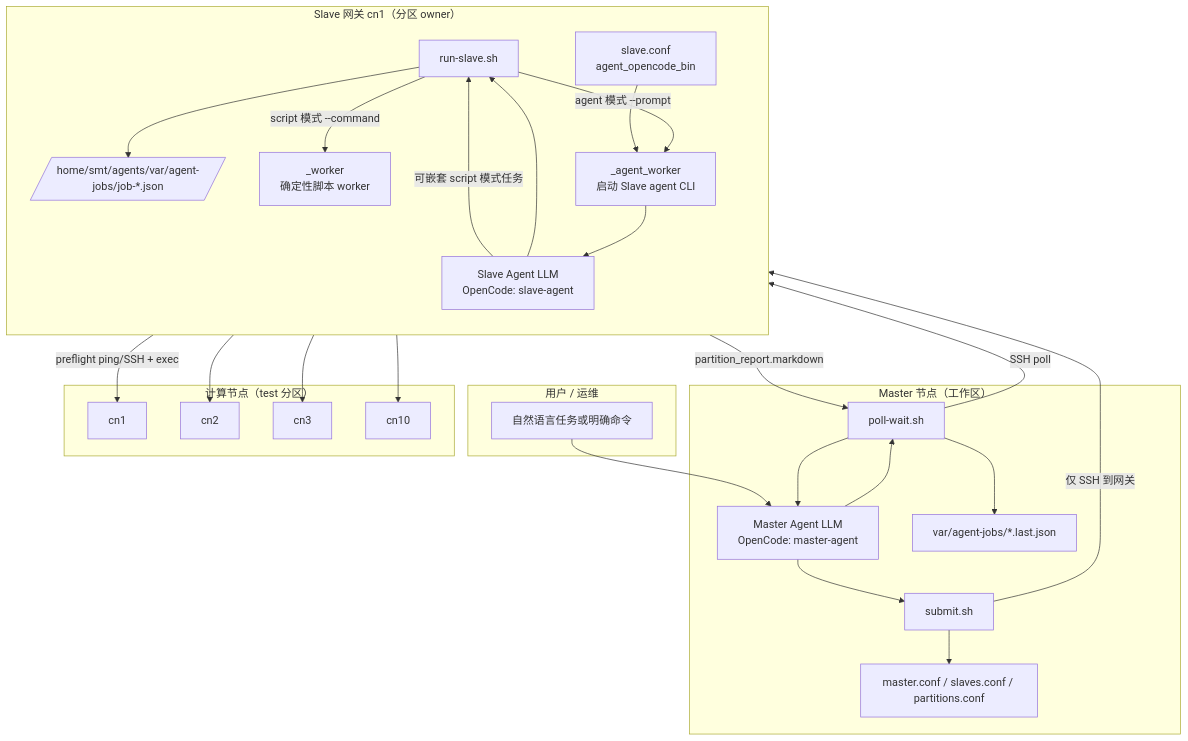
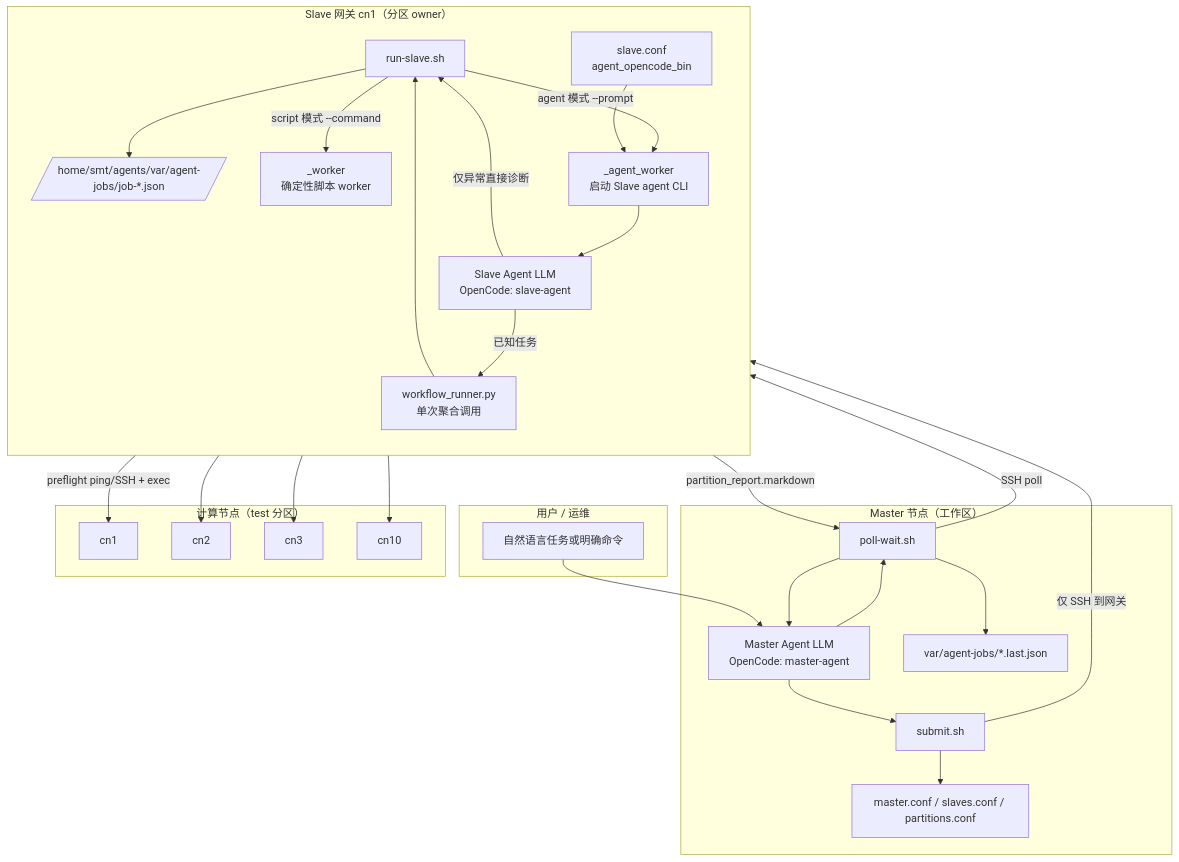
Before and after one commit to voidspiral/ClusterHelm: the first of 4 diagrams in docs/zh/architecture.md, drawn with Mermaid. The commit also changed other lines of this file and 24 other files, not shown here.

````diff
--- a/docs/zh/architecture.md
+++ b/docs/zh/architecture.md
@@ -21,52 +21,54 @@
 ```mermaid
 flowchart TB
   subgraph User["用户 / 运维"]
     U[自然语言任务或明确命令]
   end
 
   subgraph Master["Master 节点（工作区）"]
     MA["Master Agent LLM<br/>OpenCode: master-agent"]
     MS[submit.sh]
     MP[poll-wait.sh]
     MC[master.conf / slaves.conf / partitions.conf]
     MJ[var/agent-jobs/*.last.json]
     MA --> MS
     MA --> MP
     MS --> MC
     MP --> MJ
   end
 
   subgraph Gateway["Slave 网关 cn1（分区 owner）"]
     direction TB
     RS[run-slave.sh]
     SC[slave.conf<br/>agent_opencode_bin]
     SJ[/home/smt/agents/var/agent-jobs/job-*.json/]
     SA["Slave Agent LLM<br/>OpenCode: slave-agent"]
+    WR["workflow_runner.py<br/>单次聚合调用"]
     WK["_worker<br/>确定性脚本 worker"]
     AW["_agent_worker<br/>启动 Slave agent CLI"]
     RS --> SJ
     RS -->|script 模式 --command| WK
     RS -->|agent 模式 --prompt| AW
     AW --> SA
     SC --> AW
-    SA --> RS
+    SA -->|已知任务| WR
+    WR --> RS
   end
 
   subgraph Nodes["计算节点（test 分区）"]
     N1[cn1]
     N2[cn2]
     N3[cn3]
     N10[cn10]
   end
 
   U --> MA
   MS -->|仅 SSH 到网关| RS
   MP -->|SSH poll| RS
   WK -->|preflight ping/SSH + exec| N1
   WK --> N2
   WK --> N3
   WK --> N10
-  SA -->|可嵌套 script 模式任务| RS
+  SA -->|仅异常直接诊断| RS
   RS -->|partition_report.markdown| MP
   MP --> MA
 ```
````
